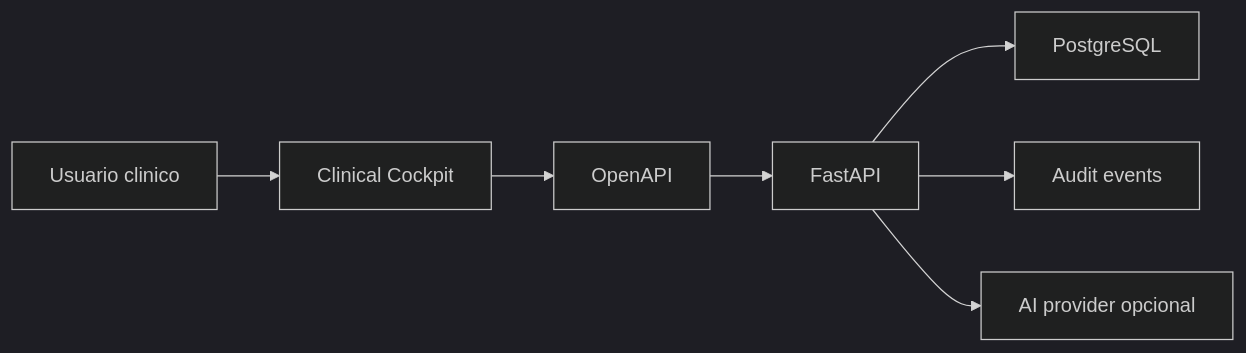
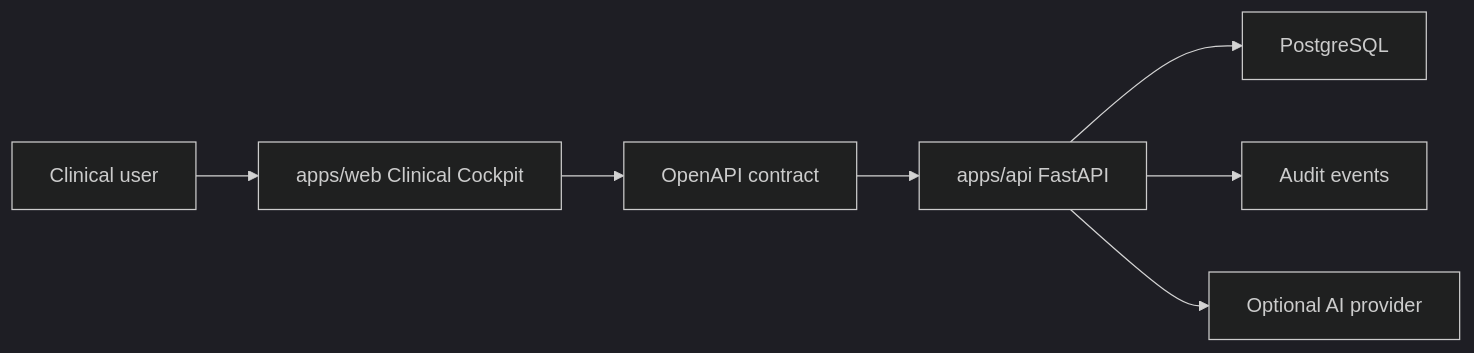
Before and after one commit to gabriel2320/epis2: the diagram in docs/ARCHITECTURE.md, drawn with Mermaid (dark theme). The commit also changed other lines of this file and 12 other files, not shown here.

````diff
--- a/docs/ARCHITECTURE.md
+++ b/docs/ARCHITECTURE.md
@@ -14,9 +20,9 @@
 ```mermaid
 flowchart LR
-  Clinico["Usuario clinico"] --> Web["Clinical Cockpit"]
-  Web --> Contract["OpenAPI"]
-  Contract --> API["FastAPI"]
+  Clinician["Clinical user"] --> Web["apps/web Clinical Cockpit"]
+  Web --> Contract["OpenAPI contract"]
+  Contract --> API["apps/api FastAPI"]
   API --> DB["PostgreSQL"]
   API --> Audit["Audit events"]
-  API --> AI["AI provider opcional"]
+  API --> AI["Optional AI provider"]
 ```
````
